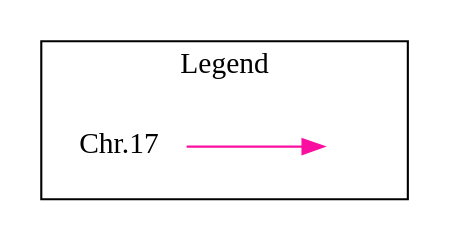
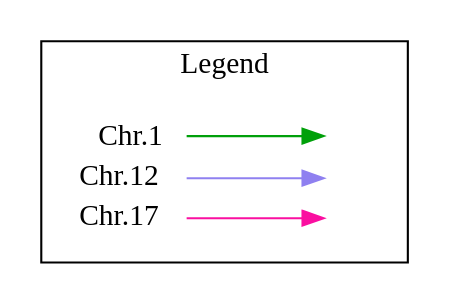
One commit to VasLem/brain-shape-asymmetry-genetics changed the diagram in results/visualizeCCAOnPheno/graphviz/legGraphWoutBC.gv. Above: the diagram before and after it, drawn with Graphviz. The commit also changed 42 other files, not shown here.

```diff
--- a/results/visualizeCCAOnPheno/graphviz/legGraphWoutBC.gv
+++ b/results/visualizeCCAOnPheno/graphviz/legGraphWoutBC.gv
@@ -1,12 +1,18 @@
 digraph {
 rankdir=LR
 node [shape=plaintext]
 subgraph cluster_01 {rank=same; key1, key2 
 label = "Legend";
  key1 [label=<<table border="0" cellpadding="2" cellspacing="0" cellborder="0">[
+<tr><td align="right" port="i1" >Chr.1</td></tr>
+<tr><td align="right" port="i12" >Chr.12</td></tr>
 <tr><td align="right" port="i17" >Chr.17</td></tr></table>>]
  key2 [label=<<table border="0" cellpadding="2" cellspacing="0" cellborder="0">[
+<tr><td port="i1">&nbsp;</td></tr>
+<tr><td port="i12">&nbsp;</td></tr>
 <tr><td port="i17">&nbsp;</td></tr></table>>]
+key1:i1:e -> key2:i1:w [color="#00A00A"]
+key1:i12:e -> key2:i12:w [color="#8F80F0"]
 key1:i17:e -> key2:i17:w [color="#FA0FA0"]
 }
 }
```
